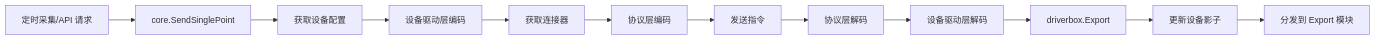
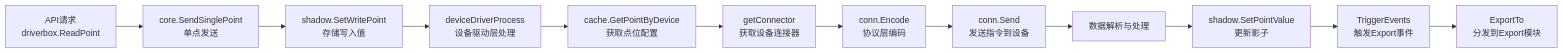
The sixth of 9 diagrams in pages/src/content/docs/concepts/architecture.mdx (ibuilding-X/driver-box), drawn with Mermaid before and after one commit. The commit also changed other lines of this file and 7 other files, not shown here.

First line of the commit message:
docs: 完善文档内容并添加架构图

````diff
--- a/pages/src/content/docs/concepts/architecture.mdx
+++ b/pages/src/content/docs/concepts/architecture.mdx
@@ -264,14 +346,14 @@
 ```mermaid
-graph LR
-    A[定时采集/API 请求] --> B[core.SendSinglePoint]
-    B --> C[获取设备配置]
-    C --> D[设备驱动层编码]
-    D --> E[获取连接器]
-    E --> F[协议层编码]
-    F --> G[发送指令]
-    G --> H[协议层解码]
-    H --> I[设备驱动层解码]
-    I --> J[driverbox.Export]
-    J --> K[更新设备影子]
-    K --> L[分发到 Export 模块]
+flowchart LR
+    A[API请求<br/>driverbox.ReadPoint] --> B[core.SendSinglePoint<br/>单点发送]
+    B --> C[shadow.SetWritePoint<br/>存储写入值]
+    C --> D[deviceDriverProcess<br/>设备驱动层处理]
+    D --> E[cache.GetPointByDevice<br/>获取点位配置]
+    E --> F[getConnector<br/>获取设备连接器]
+    F --> G[conn.Encode<br/>协议层编码]
+    G --> H[conn.Send<br/>发送指令到设备]
+    H --> I[数据解析与处理]
+    I --> J[shadow.SetPointValue<br/>更新影子]
+    J --> K[TriggerEvents<br/>触发Export事件]
+    K --> L[ExportTo<br/>分发到Export模块]
 ```
````
